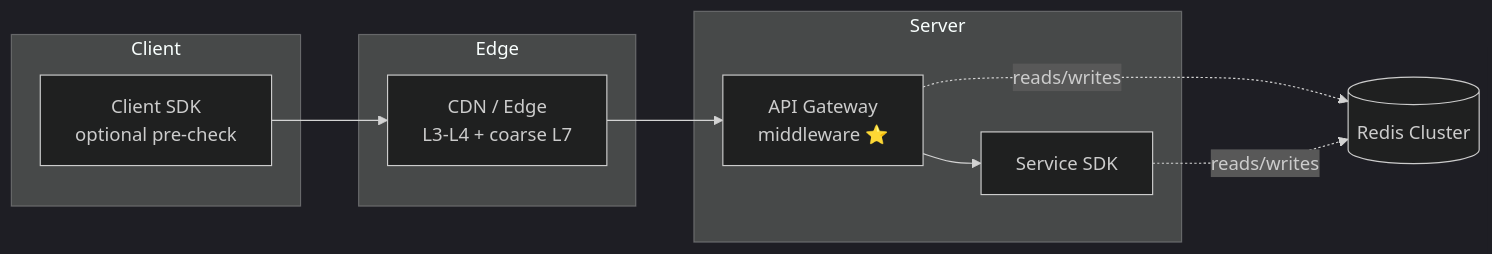
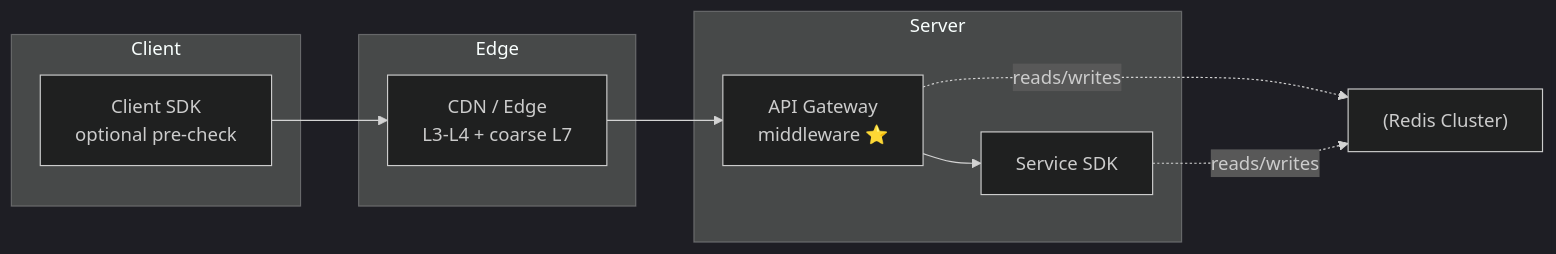
One commit to pankajThakur1874/studysheet changed the first of 10 diagrams in files/System-Design-Questions/01-distributed_rate_limiter_system_design.md. Above: the diagram before and after it, drawn with Mermaid (dark theme). The commit also changed other lines of this file and 102 other files, not shown here.

Commit message:
Auto-fix Mermaid diagram syntax across all study guides to prevent Syntax Error in Mermaid v10

````diff
--- a/files/System-Design-Questions/01-distributed_rate_limiter_system_design.md
+++ b/files/System-Design-Questions/01-distributed_rate_limiter_system_design.md
@@ -151,16 +151,16 @@
 ```mermaid
 flowchart LR
     subgraph Client
-      CL[Client SDK<br/>optional pre-check]
+      CL["Client SDK<br/>optional pre-check"]
     end
     subgraph Edge
-      CDN[CDN / Edge<br/>L3-L4 + coarse L7]
+      CDN["CDN / Edge<br/>L3-L4 + coarse L7"]
     end
     subgraph Server
-      GW[API Gateway<br/>middleware ⭐]
+      GW["API Gateway<br/>middleware ⭐"]
       SVC[Service SDK]
     end
     CL --> CDN --> GW --> SVC
-    GW -. reads/writes .-> R[(Redis Cluster)]
+    GW -. reads/writes .-> R["(Redis Cluster)"]
     SVC -. reads/writes .-> R
 ```
````
